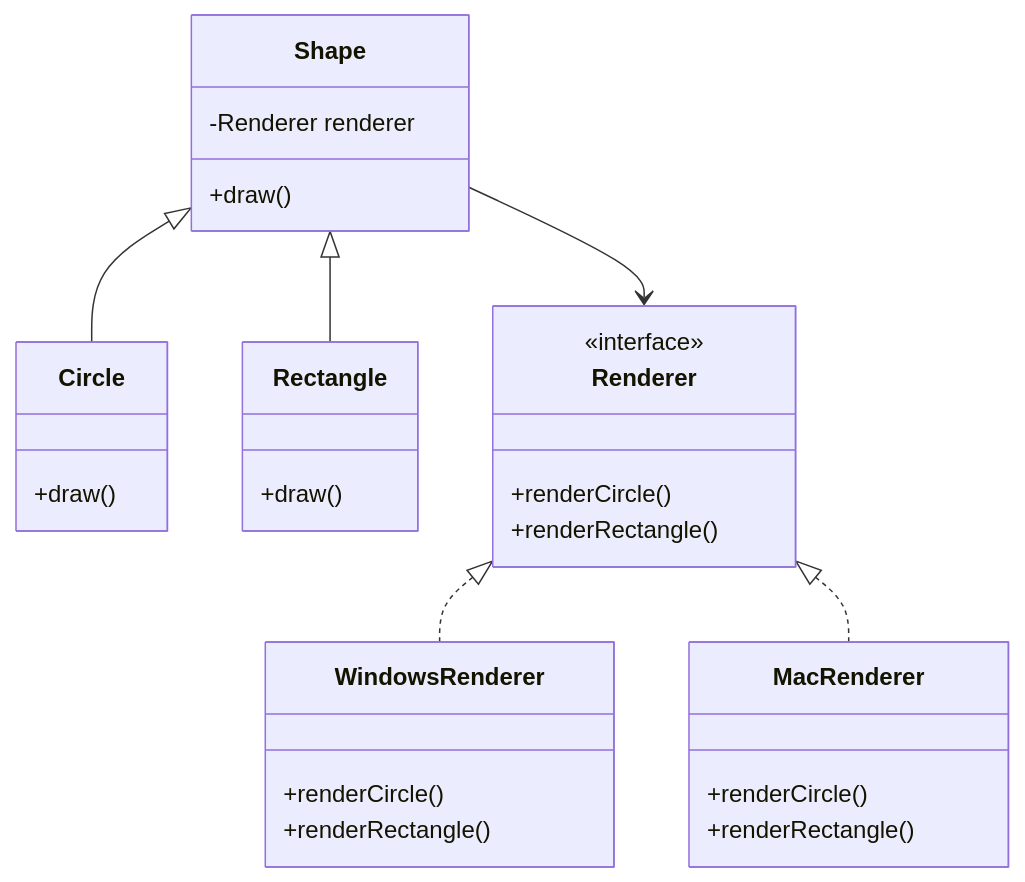
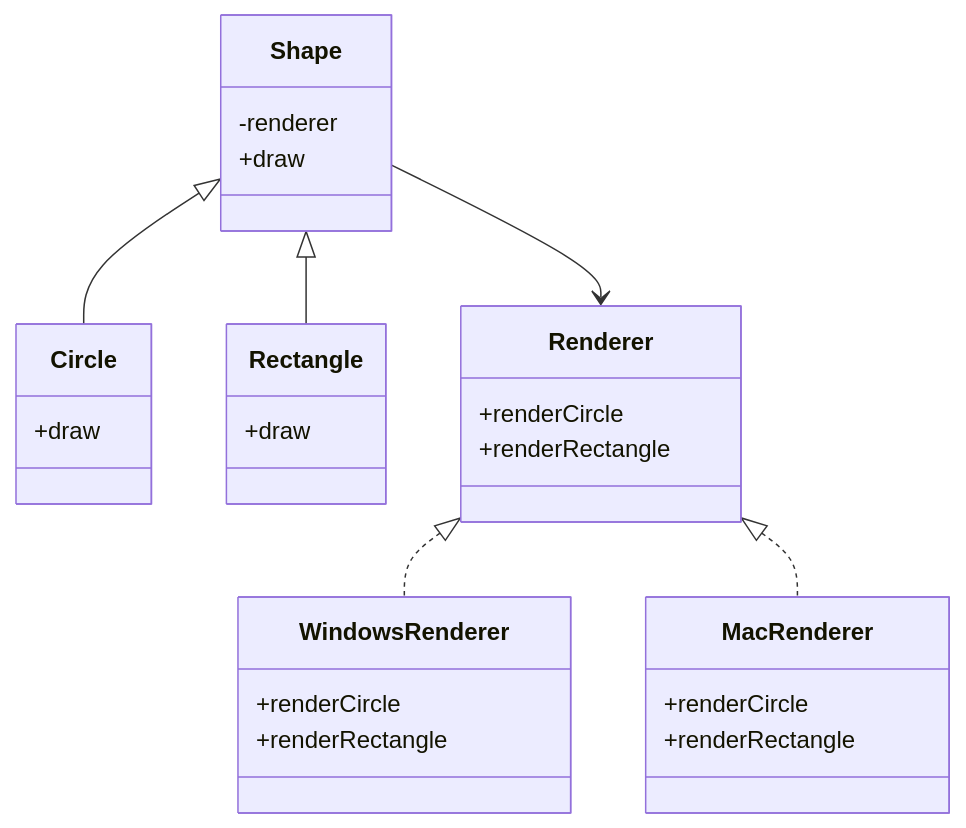
One commit to gojosatoru123-ux/CacheU changed the tenth of 10 diagrams in src/content/lld-bridge-design-pattern.md. Above: the diagram before and after it, drawn with Mermaid. The commit also changed other lines of this file and 21 other files, not shown here.

````diff
--- a/src/content/lld-bridge-design-pattern.md
+++ b/src/content/lld-bridge-design-pattern.md
@@ -982,37 +956,37 @@
 ```mermaid
 classDiagram
-    class Shape {
-        -Renderer renderer
-        +draw()
-    }
 
-    class Circle {
-        +draw()
-    }
+class Shape {
+  -renderer
+  +draw
+}
 
-    class Rectangle {
-        +draw()
-    }
+class Circle {
+  +draw
+}
 
-    class Renderer {
-        <<interface>>
-        +renderCircle()
-        +renderRectangle()
-    }
+class Rectangle {
+  +draw
+}
 
-    class WindowsRenderer {
-        +renderCircle()
-        +renderRectangle()
-    }
+class Renderer {
+  +renderCircle
+  +renderRectangle
+}
 
-    class MacRenderer {
-        +renderCircle()
-        +renderRectangle()
-    }
+class WindowsRenderer {
+  +renderCircle
+  +renderRectangle
+}
 
-    Shape <|-- Circle
-    Shape <|-- Rectangle
-    Shape --> Renderer
-    Renderer <|.. WindowsRenderer
-    Renderer <|.. MacRenderer
+class MacRenderer {
+  +renderCircle
+  +renderRectangle
+}
+
+Shape <|-- Circle
+Shape <|-- Rectangle
+Shape --> Renderer
+Renderer <|.. WindowsRenderer
+Renderer <|.. MacRenderer
 ```
````
